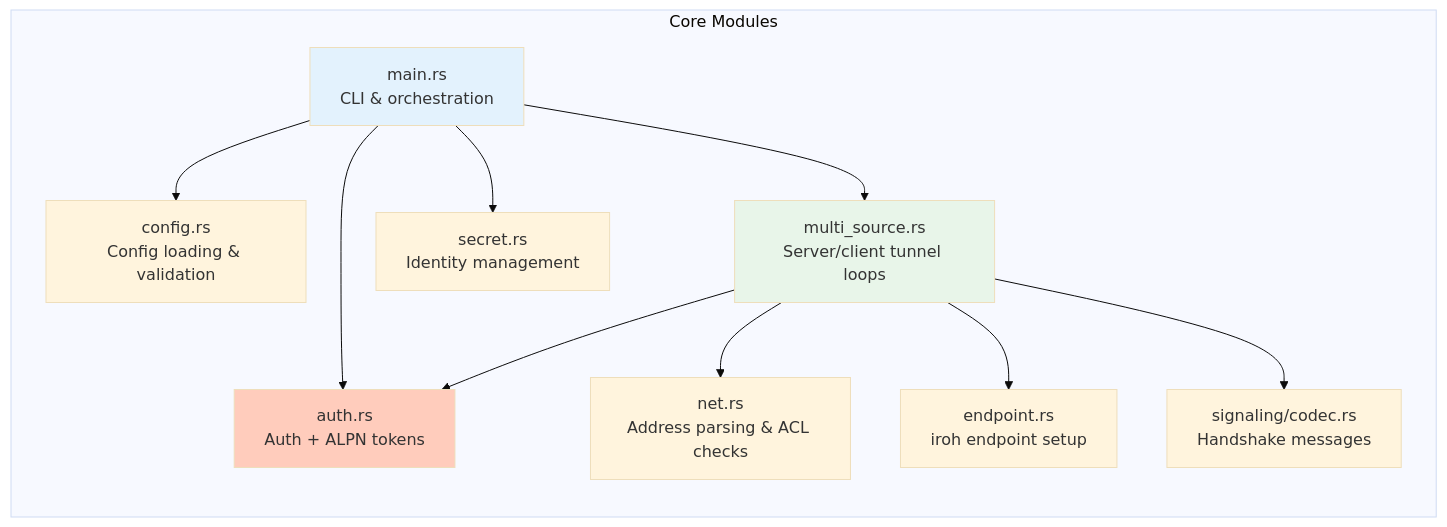
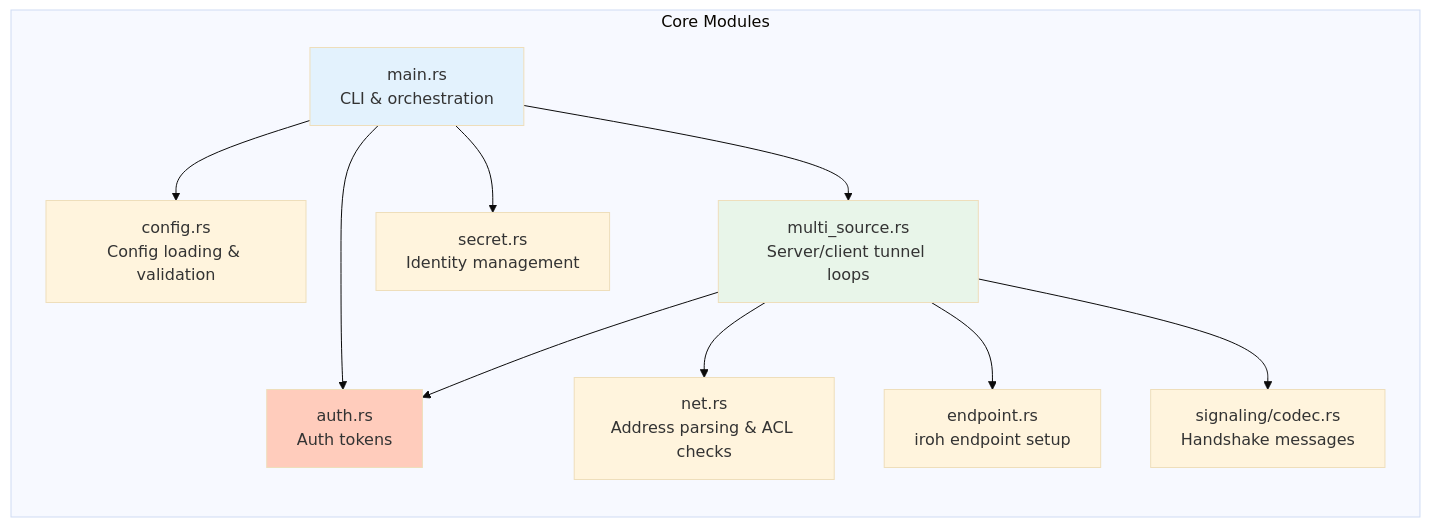
One commit to andrewtheguy/tunnel-rs changed the second of 22 diagrams in docs/ARCHITECTURE.md. Above: the diagram before and after it, drawn with Mermaid (base theme). The commit also changed other lines of this file and 12 other files, not shown here.

````diff
--- a/docs/ARCHITECTURE.md
+++ b/docs/ARCHITECTURE.md
@@ -53,26 +53,26 @@
 ```mermaid
 graph LR
     subgraph "Core Modules"
         A[main.rs<br/>CLI & orchestration]
         B[config.rs<br/>Config loading & validation]
         C[multi_source.rs<br/>Server/client tunnel loops]
         C2[net.rs<br/>Address parsing & ACL checks]
         D[endpoint.rs<br/>iroh endpoint setup]
         E[secret.rs<br/>Identity management]
-        E2[auth.rs<br/>Auth + ALPN tokens]
+        E2[auth.rs<br/>Auth tokens]
         F[signaling/codec.rs<br/>Handshake messages]
     end
 
     A --> B
     A --> C
     A --> E
     A --> E2
     C --> C2
     C --> D
     C --> E2
     C --> F
 
     style A fill:#E3F2FD
     style C fill:#E8F5E9
     style E2 fill:#FFCCBC
 ```
````
